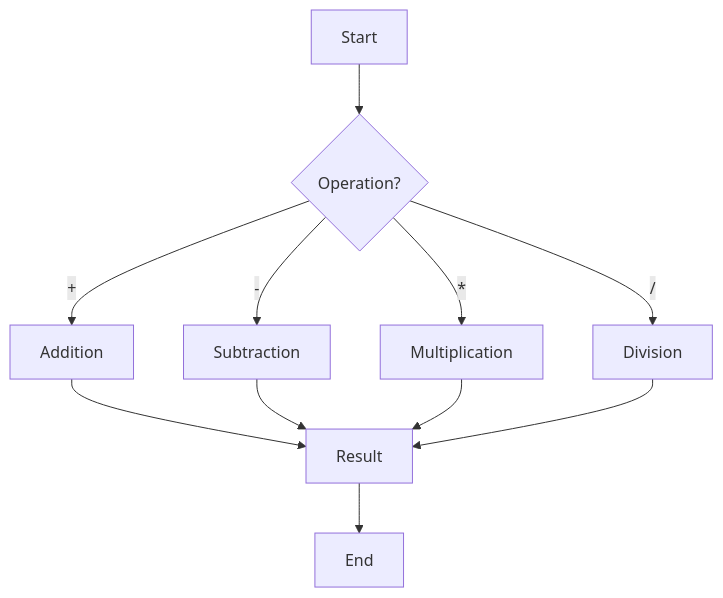
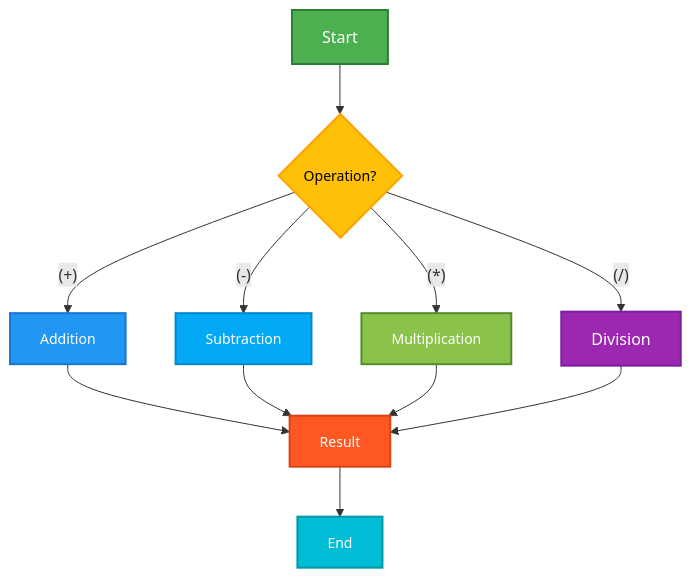
Before and after one commit to infoyouth/infoyouth.github.io: the first of 8 diagrams in _posts/2024-11-26-c-operators.md, drawn with Mermaid. The commit also changed other lines of this file and 1 other file, not shown here.

````diff
--- a/_posts/2024-11-26-c-operators.md
+++ b/_posts/2024-11-26-c-operators.md
@@ -231,13 +250,23 @@
 ```mermaid
 graph TD
     A[Start] --> B{Operation?};
-    B -- + --> C[Addition];
-    B -- - --> D[Subtraction];
-    B -- * --> E[Multiplication];
-    B -- / --> F[Division];
+    B -- (+) --> C[Addition];
+    B -- (-) --> D[Subtraction];
+    B -- (*) --> E[Multiplication];
+    B -- (/) --> F[Division];
     C --> G[Result];
     D --> G;
     E --> G;
     F --> G;
     G --> H[End];
+
+    style A fill:#4CAF50,stroke:#2E7D32,stroke-width:2px,color:#FFFFFF,font-size:16px
+    style B fill:#FFC107,stroke:#FFA000,stroke-width:2px,color:#000000,font-size:14px
+    style C fill:#2196F3,stroke:#1976D2,stroke-width:2px,color:#FFFFFF,font-size:14px
+    style D fill:#03A9F4,stroke:#0288D1,stroke-width:2px,color:#FFFFFF,font-size:14px
+    style E fill:#8BC34A,stroke:#558B2F,stroke-width:2px,color:#FFFFFF,font-size:14px
+    style F fill:#9C27B0,stroke:#7B1FA2,stroke-width:2px,color:#FFFFFF,font-size:16px
+    style G fill:#FF5722,stroke:#D84315,stroke-width:2px,color:#FFFFFF,font-size:14px
+    style H fill:#00BCD4,stroke:#0097A7,stroke-width:2px,color:#FFFFFF,font-size:14px
+
 ```
````
